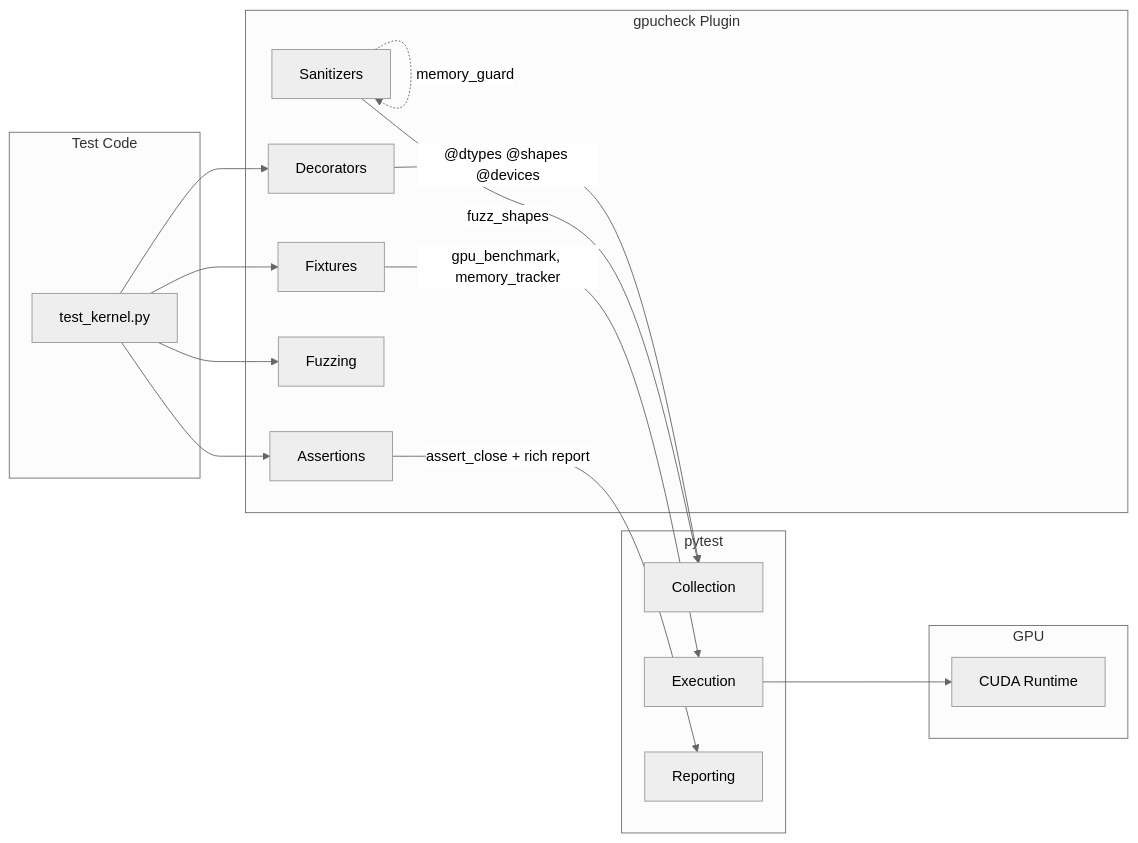
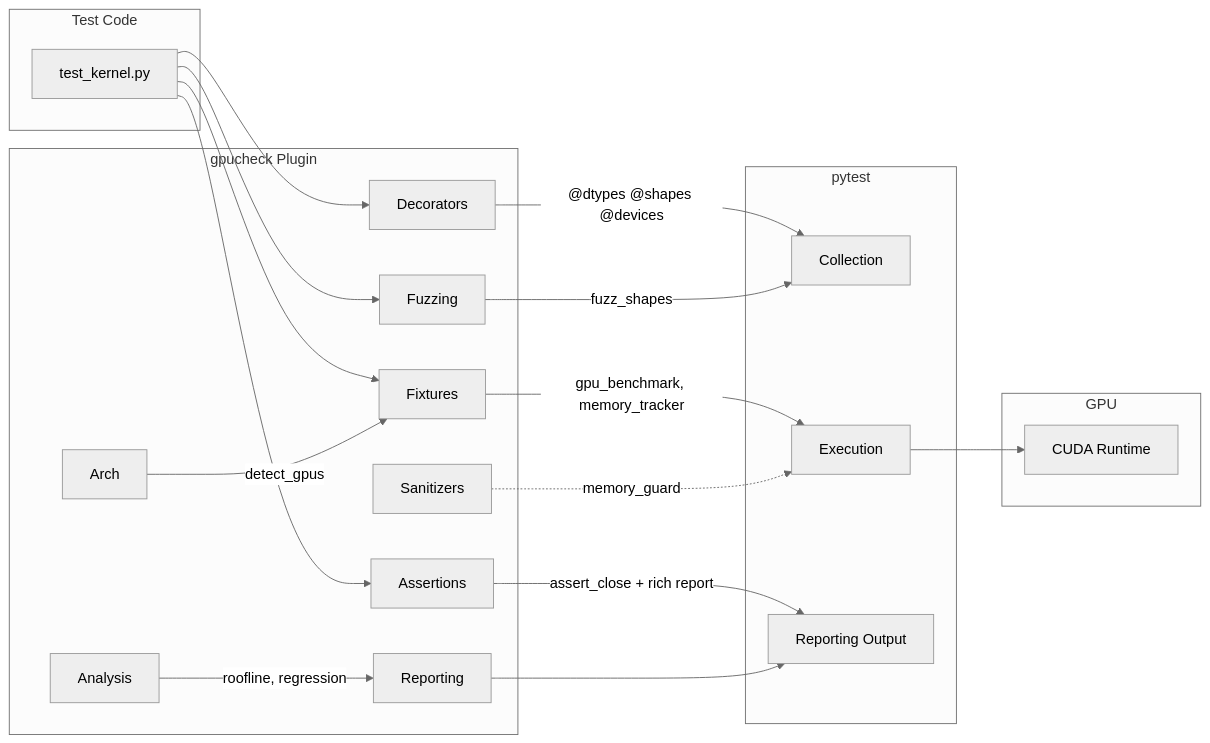
One commit to Akasxh/gpucheck changed the diagram in README.md. Above: the diagram before and after it, drawn with Mermaid (neutral theme). The commit also changed other lines of this file and 25 other files, not shown here.

````diff
--- a/README.md
+++ b/README.md
@@ -50,35 +50,41 @@
 ```mermaid
 graph LR
     subgraph Test Code
         A[test_kernel.py]
     end
 
     subgraph gpucheck Plugin
         B[Decorators]
         C[Assertions]
         D[Fixtures]
         E[Fuzzing]
         F[Sanitizers]
+        K[Analysis]
+        L[Reporting]
+        M[Arch]
     end
 
     subgraph pytest
         G[Collection]
         H[Execution]
-        I[Reporting]
+        I[Reporting Output]
     end
 
     subgraph GPU
         J[CUDA Runtime]
     end
 
     A --> B
     A --> C
     A --> D
     A --> E
     B -->|"@dtypes @shapes @devices"| G
     D -->|"gpu_benchmark, memory_tracker"| H
     C -->|"assert_close + rich report"| I
-    F -->|"fuzz_shapes"| G
+    E -->|"fuzz_shapes"| G
+    F -.->|"memory_guard"| H
+    K -->|"roofline, regression"| L
+    M -->|"detect_gpus"| D
     H --> J
-    F -.->|"memory_guard"| F
+    L --> I
 ```
````
